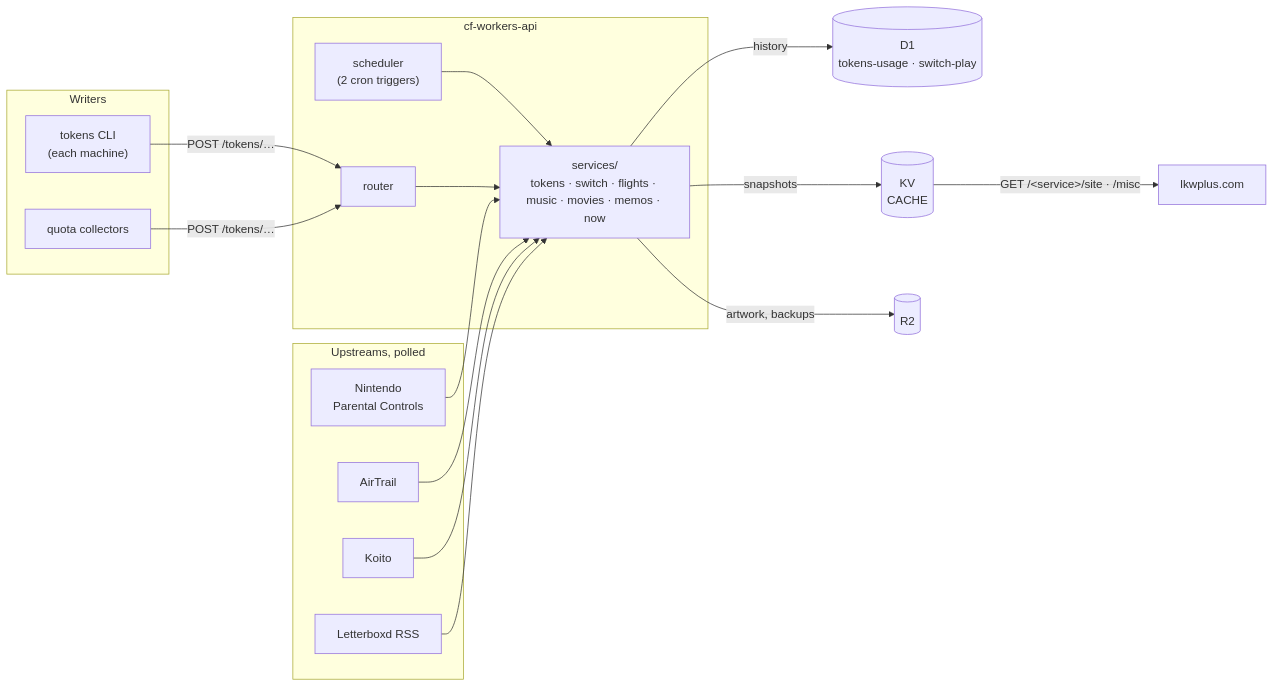
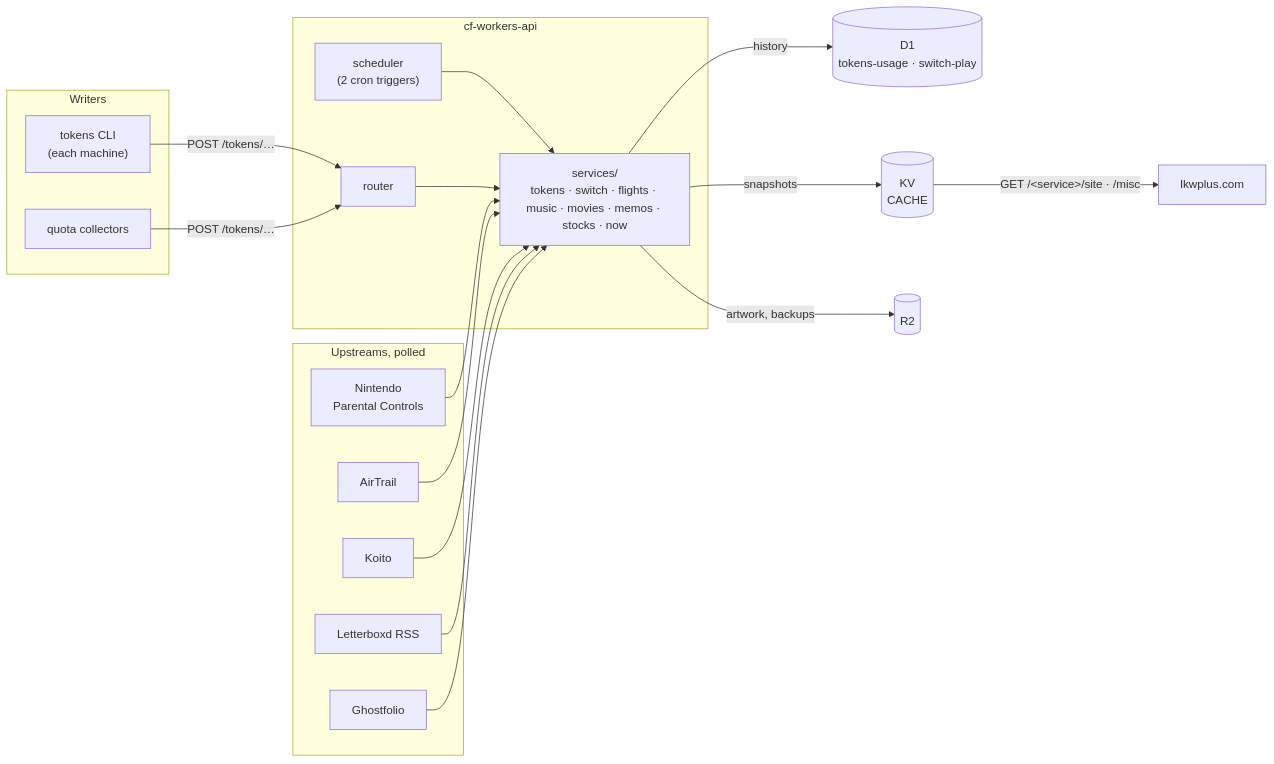
One commit to synthpop123/cf-workers-api changed the diagram in README.md. Above: the diagram before and after it, drawn with Mermaid. The commit also changed other lines of this file and 18 other files, not shown here.

````diff
--- a/README.md
+++ b/README.md
@@ -10,26 +10,27 @@
 ```mermaid
 flowchart LR
   subgraph writers[Writers]
     CLI["tokens CLI<br/>(each machine)"]
     Collectors["quota collectors"]
   end
   subgraph upstreams[Upstreams, polled]
     Nintendo["Nintendo<br/>Parental Controls"]
     AirTrail["AirTrail"]
     Koito["Koito"]
     Letterboxd["Letterboxd RSS"]
+    Ghostfolio["Ghostfolio"]
   end
   subgraph worker[cf-workers-api]
     Router["router"]
     Scheduler["scheduler<br/>(2 cron triggers)"]
-    Services["services/<br/>tokens · switch · flights · music · movies · memos · now"]
+    Services["services/<br/>tokens · switch · flights · music · movies · memos · stocks · now"]
   end
   CLI & Collectors -->|POST /tokens/…| Router
   Scheduler --> Services
   Router --> Services
   Services -->|history| D1[("D1<br/>tokens-usage · switch-play")]
   Services -->|snapshots| KV[("KV<br/>CACHE")]
   Services -->|artwork, backups| R2[("R2")]
-  Nintendo & AirTrail & Koito & Letterboxd --> Services
+  Nintendo & AirTrail & Koito & Letterboxd & Ghostfolio --> Services
   KV -->|"GET /&lt;service&gt;/site · /misc"| Site["lkwplus.com"]
 ```
````
